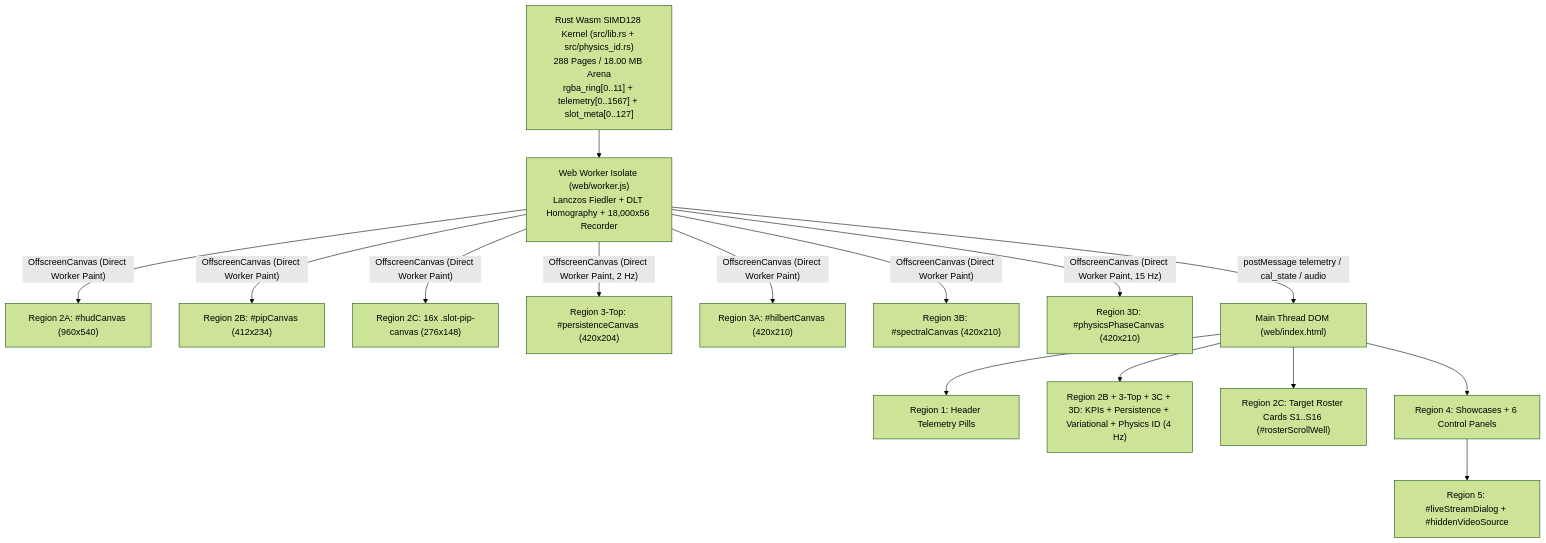
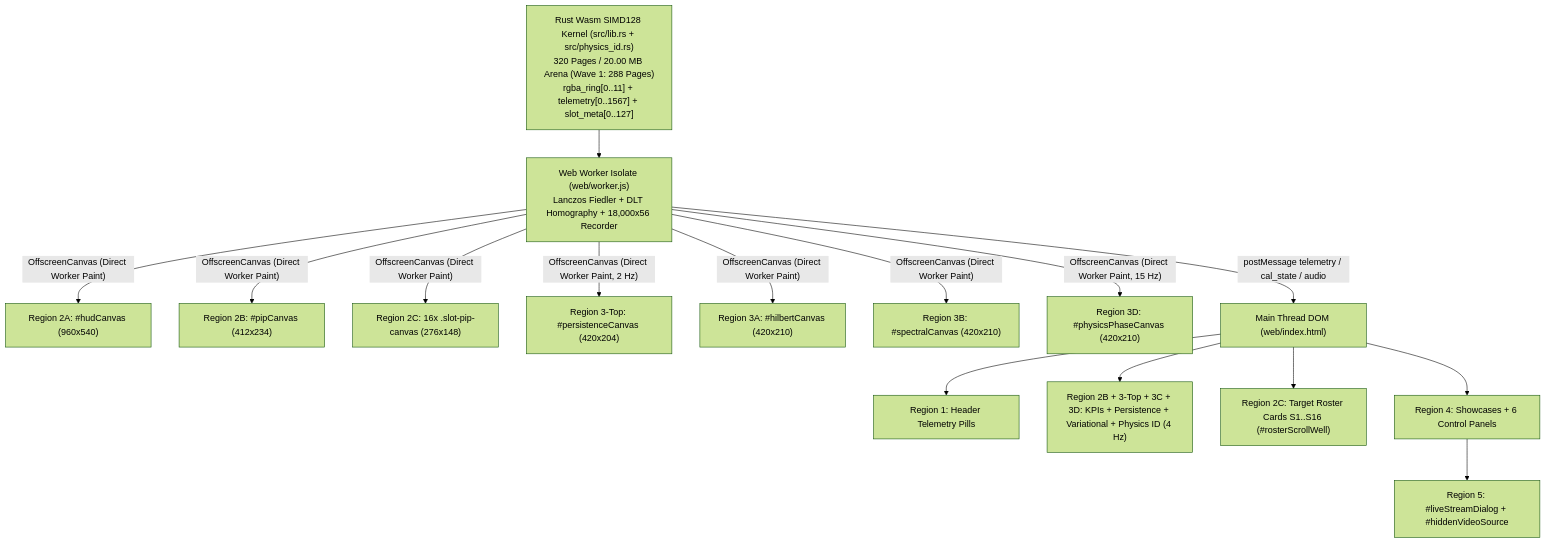
Before and after one commit to steph4n-gh/chronos-spectral: the diagram in docs/UI_TELEMETRY_GUIDE.md, drawn with Mermaid (forest theme). The commit also changed other lines of this file and 22 other files, not shown here.

````diff
--- a/docs/UI_TELEMETRY_GUIDE.md
+++ b/docs/UI_TELEMETRY_GUIDE.md
@@ -14,17 +14,17 @@
 ```mermaid
 flowchart TB
-  WASM["Rust Wasm SIMD128 Kernel (src/lib.rs + src/physics_id.rs)\n288 Pages / 18.00 MB Arena\nrgba_ring[0..11] + telemetry[0..1567] + slot_meta[0..127]"] --> WORKER["Web Worker Isolate (web/worker.js)\nLanczos Fiedler + DLT Homography + 18,000x56 Recorder"]
+  WASM["Rust Wasm SIMD128 Kernel (src/lib.rs + src/physics_id.rs)\n320 Pages / 20.00 MB Arena (Wave 1: 288 Pages)\nrgba_ring[0..11] + telemetry[0..1567] + slot_meta[0..127]"] --> WORKER["Web Worker Isolate (web/worker.js)\nLanczos Fiedler + DLT Homography + 18,000x56 Recorder"]
   WORKER -->|"OffscreenCanvas (Direct Worker Paint)"| HUD["Region 2A: #hudCanvas (960x540)"]
   WORKER -->|"OffscreenCanvas (Direct Worker Paint)"| PIP["Region 2B: #pipCanvas (412x234)"]
   WORKER -->|"OffscreenCanvas (Direct Worker Paint)"| ROSTERCANVAS["Region 2C: 16x .slot-pip-canvas (276x148)"]
   WORKER -->|"OffscreenCanvas (Direct Worker Paint, 2 Hz)"| PERSIST["Region 3-Top: #persistenceCanvas (420x204)"]
   WORKER -->|"OffscreenCanvas (Direct Worker Paint)"| HILBERT["Region 3A: #hilbertCanvas (420x210)"]
   WORKER -->|"OffscreenCanvas (Direct Worker Paint)"| SPECTRAL["Region 3B: #spectralCanvas (420x210)"]
   WORKER -->|"OffscreenCanvas (Direct Worker Paint, 15 Hz)"| PHYS["Region 3D: #physicsPhaseCanvas (420x210)"]
   WORKER -->|"postMessage telemetry / cal_state / audio"| DOM["Main Thread DOM (web/index.html)"]
   DOM --> HEADER["Region 1: Header Telemetry Pills"]
   DOM --> KPIS["Region 2B + 3-Top + 3C + 3D: KPIs + Persistence + Variational + Physics ID (4 Hz)"]
   DOM --> ROSTERDOM["Region 2C: Target Roster Cards S1..S16 (#rosterScrollWell)"]
   DOM --> CONTROLS["Region 4: Showcases + 6 Control Panels"]
   CONTROLS --> MODAL["Region 5: #liveStreamDialog + #hiddenVideoSource"]
 ```
````
